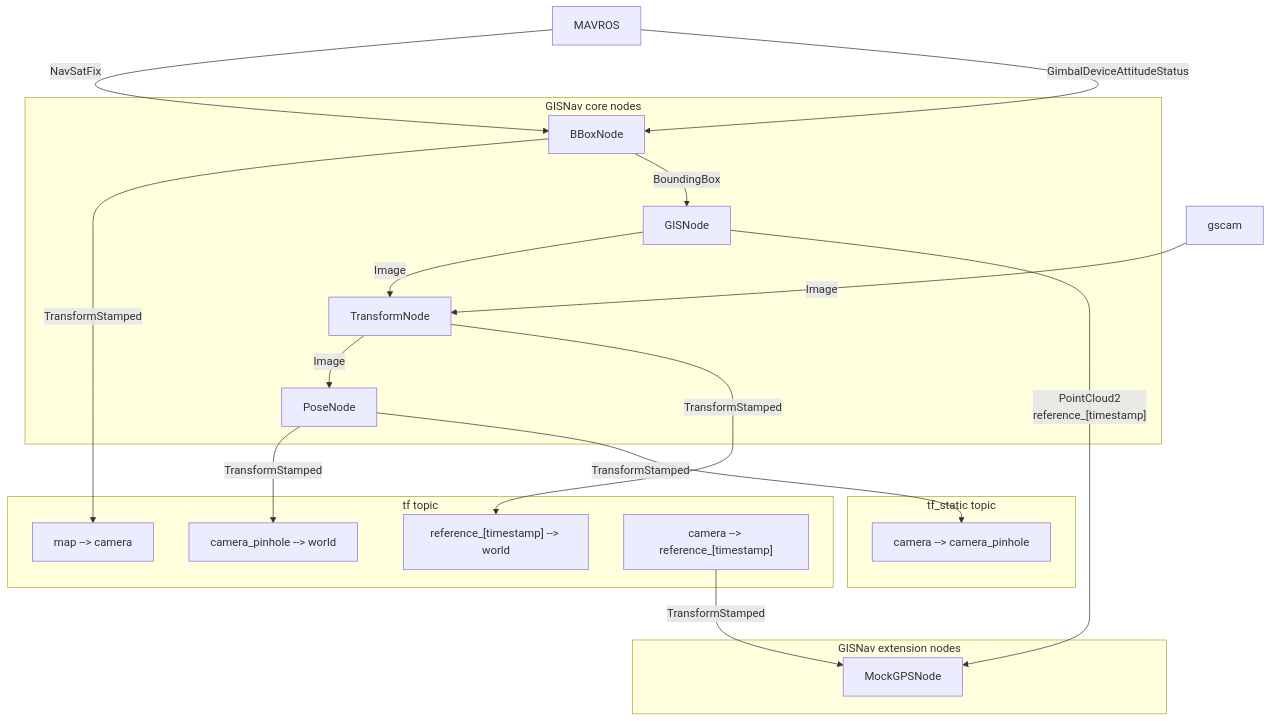
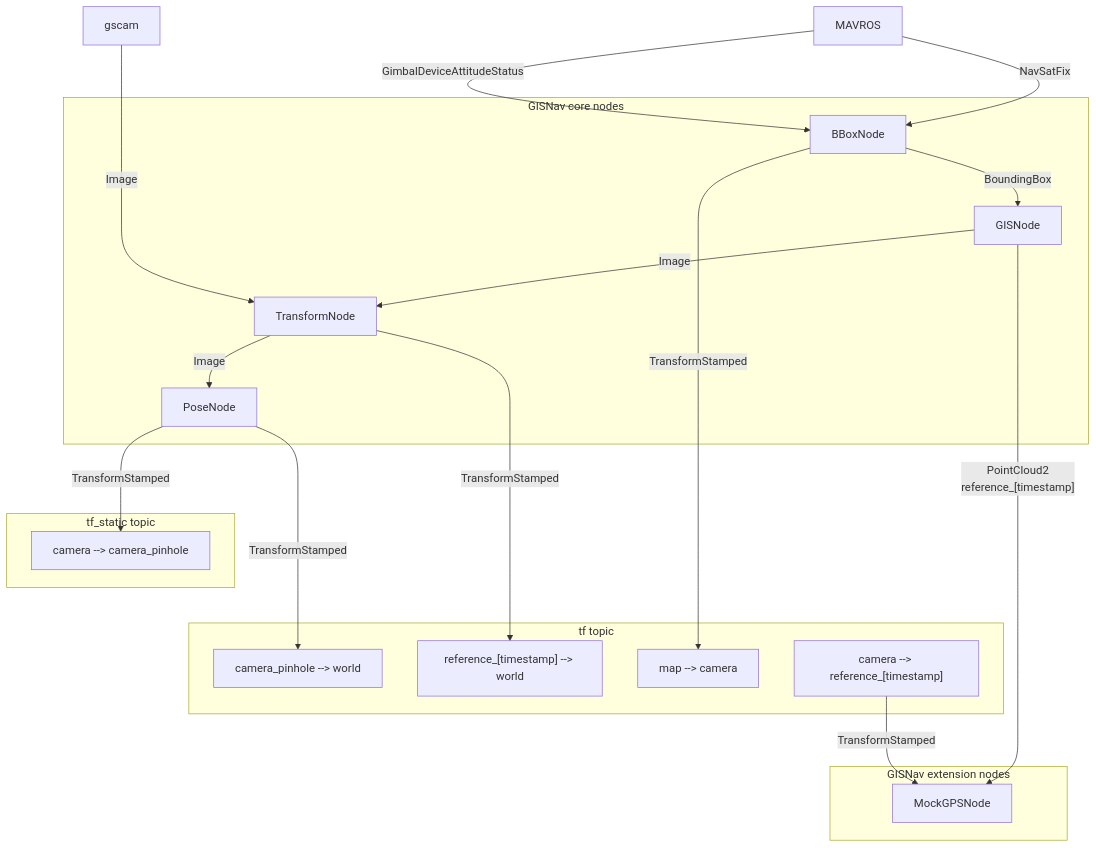
Before and after one commit to hmakelin/gisnav: the diagram in docs/pages/developer_guide/integration/ros_messaging.rst, drawn with Mermaid. The commit also changed other lines of this file, not shown here.

Commit message:
Improve ROS nodes diagram layout and add note about timestamped reference frames

```diff
--- a/docs/pages/developer_guide/integration/ros_messaging.rst
+++ b/docs/pages/developer_guide/integration/ros_messaging.rst
@@ -47,36 +47,37 @@
 .. mermaid::
 
     graph TB
         MAVROS -->|"NavSatFix"| BBoxNode
         MAVROS -->|"GimbalDeviceAttitudeStatus"| BBoxNode
-        BBoxNode -->|"TransformStamped"| map_to_camera
 
         subgraph core["GISNav core nodes"]
             BBoxNode -->|"BoundingBox"| GISNode
             GISNode -->|"Image"| TransformNode
             TransformNode -->|"Image"| PoseNode
         end
 
         subgraph tf["tf topic"]
+            camera_pinhole_to_world["camera_pinhole --> world"]
+            reference_to_world["reference_[timestamp] --> world"]
             map_to_camera["map --> camera"]
-            reference_to_world["reference_[timestamp] --> world"]
-            camera_pinhole_to_world["camera_pinhole --> world"]
             camera_to_reference["camera --> reference_[timestamp]"]
+
         end
 
         subgraph tf_static["tf_static topic"]
             camera_to_camera_pinhole["camera --> camera_pinhole"]
         end
 
         subgraph extension["GISNav extension nodes"]
             MockGPSNode["MockGPSNode"]
         end
 
-        gscam -->|"Image"| TransformNode
+        gscam ---->|"Image"| TransformNode
+
         GISNode -->|"PointCloud2\nreference_[timestamp]"| MockGPSNode
+        camera_to_reference -->|"TransformStamped"| MockGPSNode
 
+        PoseNode --->|"TransformStamped"| camera_pinhole_to_world
+        PoseNode -->|"TransformStamped"| camera_to_camera_pinhole
         TransformNode -->|"TransformStamped"| reference_to_world
-        PoseNode -->|"TransformStamped"| camera_pinhole_to_world
-        PoseNode -->|"TransformStamped"| camera_to_camera_pinhole
-
-        camera_to_reference -->|"TransformStamped"| MockGPSNode
+        BBoxNode -->|"TransformStamped"| map_to_camera
```
